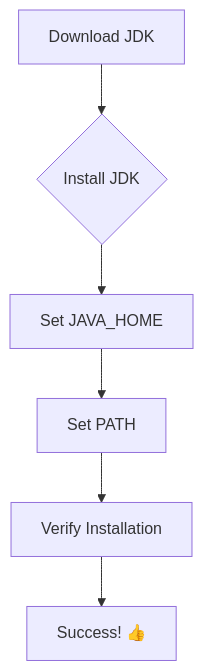
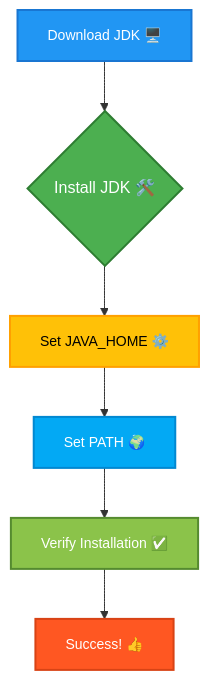
One commit to infoyouth/infoyouth.github.io changed the third of 10 diagrams in _posts/2024-11-29-overview-of-java.md. Above: the diagram before and after it, drawn with Mermaid. The commit also changed other lines of this file, not shown here.

````diff
--- a/_posts/2024-11-29-overview-of-java.md
+++ b/_posts/2024-11-29-overview-of-java.md
@@ -199,8 +278,16 @@
 ```mermaid
 graph TD
-    A[Download JDK] --> B{Install JDK};
-    B --> C[Set JAVA_HOME];
-    C --> D[Set PATH];
-    D --> E[Verify Installation];
+    A[Download JDK 🖥️] --> B{Install JDK 🛠️};
+    B --> C[Set JAVA_HOME ⚙️];
+    C --> D[Set PATH 🌍];
+    D --> E[Verify Installation ✅];
     E --> F[Success! 👍];
+
+    style A fill:#2196F3,stroke:#1976D2,stroke-width:2px,color:#FFFFFF,font-size:14px
+    style B fill:#4CAF50,stroke:#2E7D32,stroke-width:2px,color:#FFFFFF,font-size:16px
+    style C fill:#FFC107,stroke:#FFA000,stroke-width:2px,color:#000000,font-size:14px
+    style D fill:#03A9F4,stroke:#0288D1,stroke-width:2px,color:#FFFFFF,font-size:14px
+    style E fill:#8BC34A,stroke:#558B2F,stroke-width:2px,color:#FFFFFF,font-size:14px
+    style F fill:#FF5722,stroke:#D84315,stroke-width:2px,color:#FFFFFF,font-size:14px
+
 ```
````
